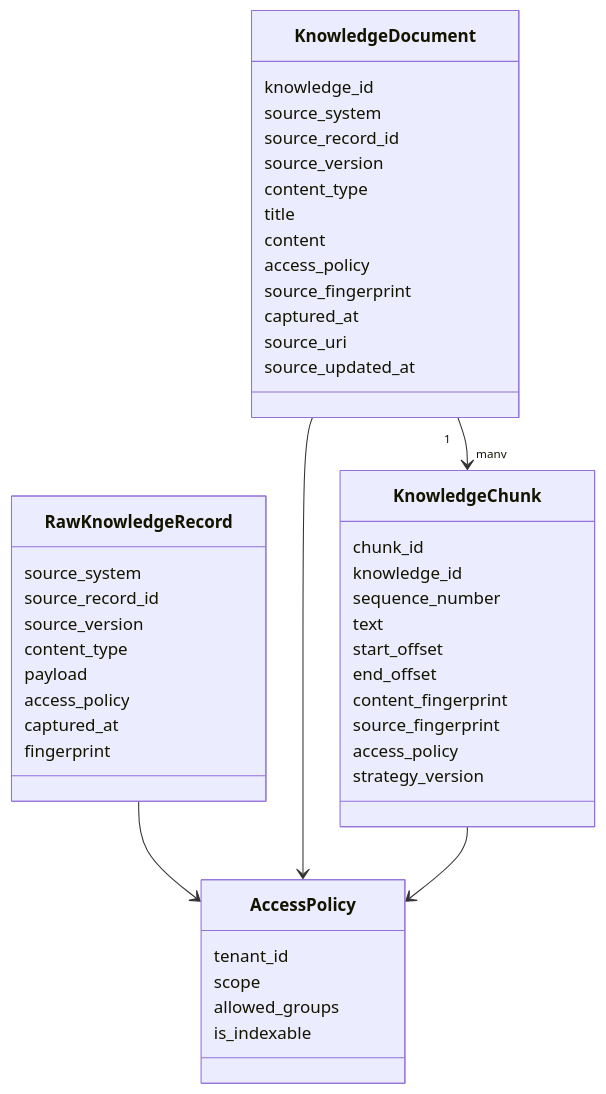
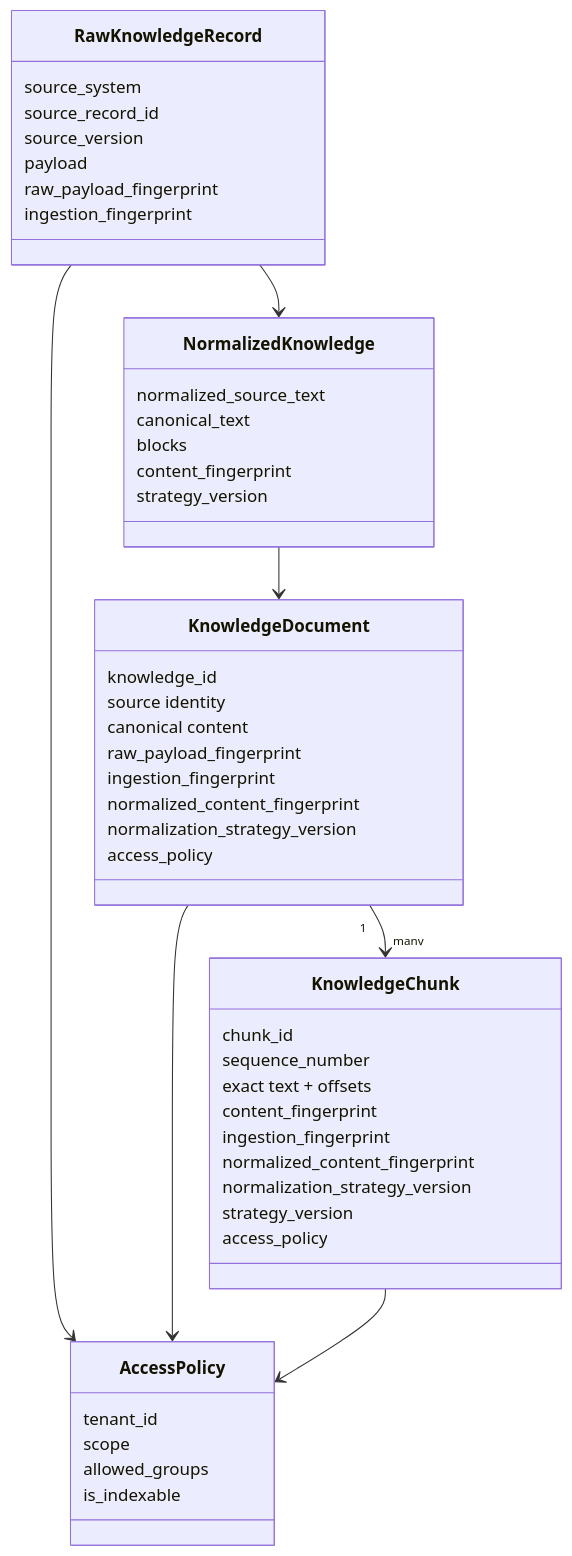
Before and after one commit to kumarchandansingh/tropos: the third of 7 diagrams in docs/architecture/KNOWLEDGE_MODEL.md, drawn with Mermaid. The commit also changed other lines of this file and 23 other files, not shown here.

First line of the commit message:
feat: add deterministic normalization and canonical versioning

````diff
--- a/docs/architecture/KNOWLEDGE_MODEL.md
+++ b/docs/architecture/KNOWLEDGE_MODEL.md
@@ -24,53 +49,56 @@
 ```mermaid
 classDiagram
     class AccessPolicy {
       tenant_id
       scope
       allowed_groups
       is_indexable
     }
 
     class RawKnowledgeRecord {
       source_system
       source_record_id
       source_version
-      content_type
       payload
-      access_policy
-      captured_at
-      fingerprint
+      raw_payload_fingerprint
+      ingestion_fingerprint
+    }
+
+    class NormalizedKnowledge {
+      normalized_source_text
+      canonical_text
+      blocks
+      content_fingerprint
+      strategy_version
     }
 
     class KnowledgeDocument {
       knowledge_id
-      source_system
-      source_record_id
-      source_version
-      content_type
-      title
-      content
+      source identity
+      canonical content
+      raw_payload_fingerprint
+      ingestion_fingerprint
+      normalized_content_fingerprint
+      normalization_strategy_version
       access_policy
-      source_fingerprint
-      captured_at
-      source_uri
-      source_updated_at
     }
 
     class KnowledgeChunk {
       chunk_id
-      knowledge_id
       sequence_number
-      text
-      start_offset
-      end_offset
+      exact text + offsets
       content_fingerprint
-      source_fingerprint
+      ingestion_fingerprint
+      normalized_content_fingerprint
+      normalization_strategy_version
+      strategy_version
       access_policy
-      strategy_version
     }
 
     RawKnowledgeRecord --> AccessPolicy
+    RawKnowledgeRecord --> NormalizedKnowledge
+    NormalizedKnowledge --> KnowledgeDocument
     KnowledgeDocument --> AccessPolicy
     KnowledgeDocument "1" --> "many" KnowledgeChunk
     KnowledgeChunk --> AccessPolicy
 ```
````
